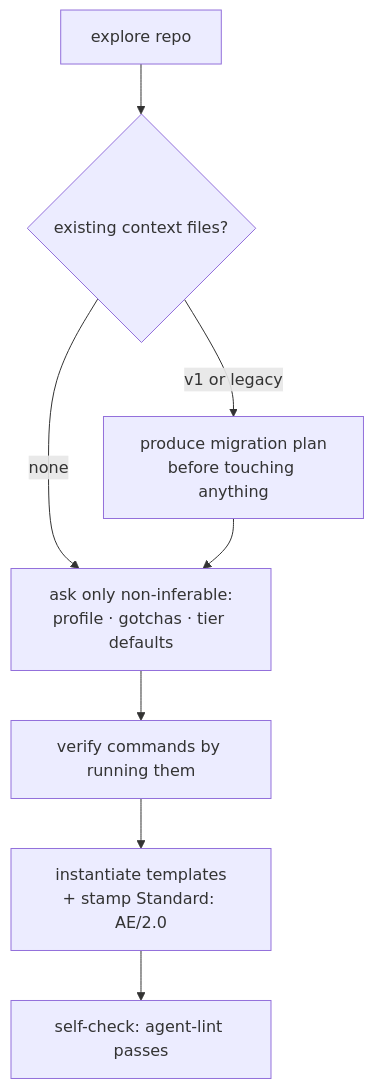
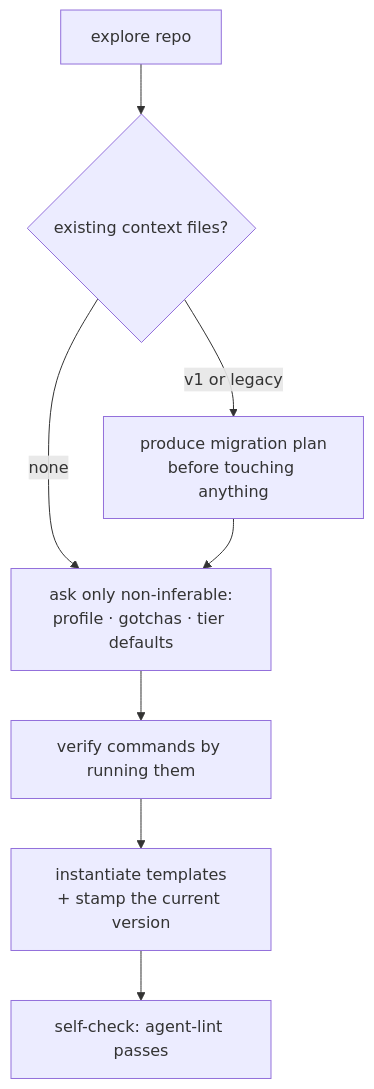
Before and after one commit to bygama/Agent-Engineering: the first of 2 diagrams in docs/how-it-works/standard-lifecycle.md, drawn with Mermaid. The commit also changed 4 other files, not shown here.

````diff
--- a/docs/how-it-works/standard-lifecycle.md
+++ b/docs/how-it-works/standard-lifecycle.md
@@ -46,10 +46,10 @@
 ```mermaid
 flowchart TD
     A[explore repo] --> B{existing context files?}
     B -->|none| C[ask only non-inferable:<br/>profile · gotchas · tier defaults]
     B -->|v1 or legacy| D[produce migration plan<br/>before touching anything]
     D --> C
     C --> E[verify commands by running them]
-    E --> F[instantiate templates<br/>+ stamp Standard: AE/2.0]
+    E --> F[instantiate templates<br/>+ stamp the current version]
     F --> G[self-check: agent-lint passes]
 ```
````
